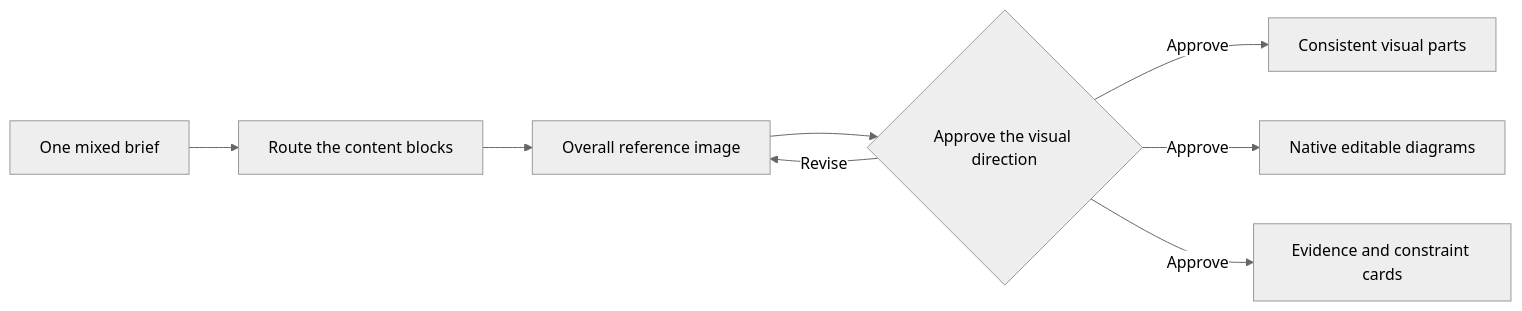
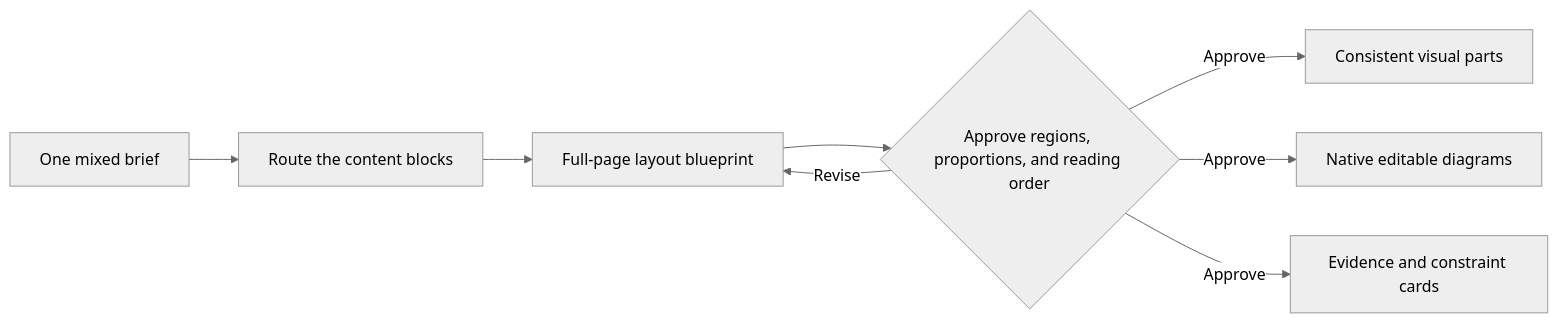
Before and after one commit to suud003/Cowart: the second of 2 diagrams in README.en.md, drawn with Mermaid (neutral theme). The commit also changed other lines of this file and 19 other files, not shown here.

Commit message:
fix(agent): use page layout blueprints for auto compose

````diff
--- a/README.en.md
+++ b/README.en.md
@@ -95,10 +95,10 @@
 ```mermaid
 flowchart LR
   A["One mixed brief"] --> B["Route the content blocks"]
-  B --> C["Overall reference image"]
-  C --> D{"Approve the visual direction"}
+  B --> C["Full-page layout blueprint"]
+  C --> D{"Approve regions, proportions, and reading order"}
   D -->|Revise| C
   D -->|Approve| E["Consistent visual parts"]
   D -->|Approve| F["Native editable diagrams"]
   D -->|Approve| G["Evidence and constraint cards"]
 ```
````
